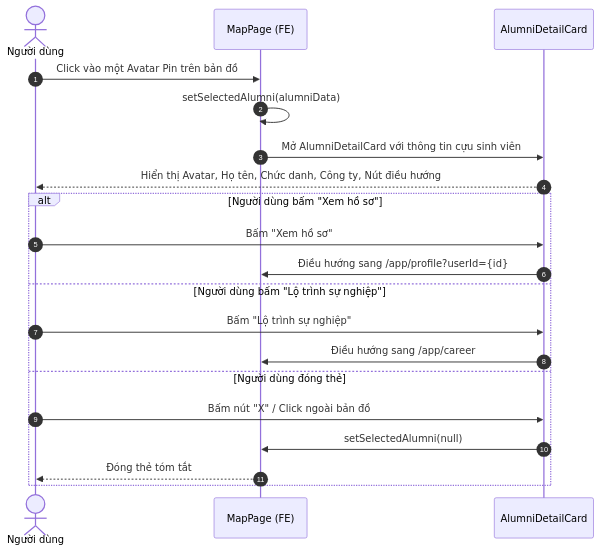
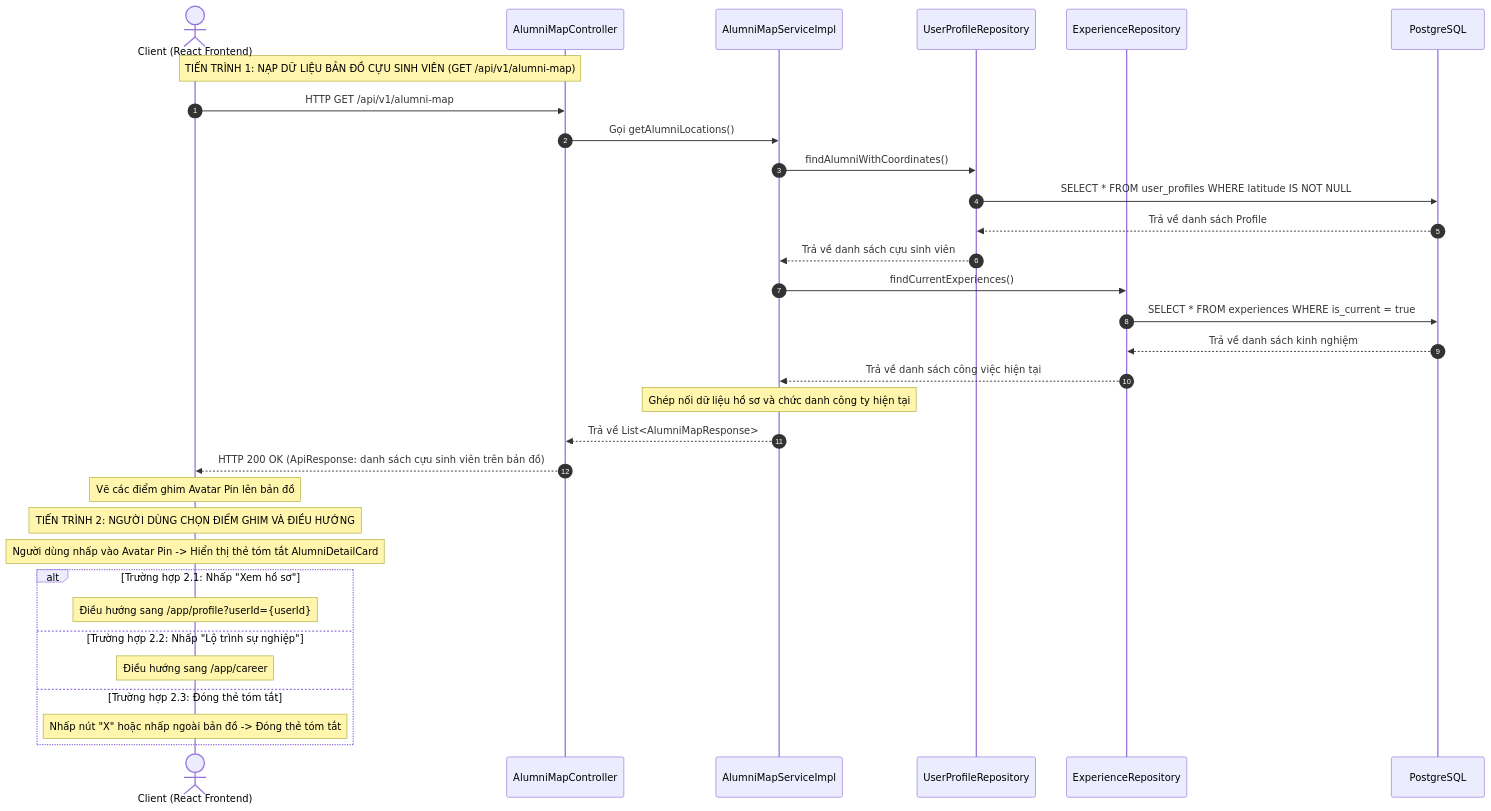
The third of 3 diagrams in docs/update_SRS/SRS_UC_57_ViewProfileFromMarker.md (Alumnect/Alumnect), drawn with Mermaid before and after one commit. The commit also changed other lines of this file and 14 other files, not shown here.

````diff
--- a/docs/update_SRS/SRS_UC_57_ViewProfileFromMarker.md
+++ b/docs/update_SRS/SRS_UC_57_ViewProfileFromMarker.md
@@ -96,24 +218,42 @@
 ```mermaid
 sequenceDiagram
     autonumber
-    actor User as Người dùng
-    participant UI as MapPage (FE)
-    participant Card as AlumniDetailCard
+    actor Client as Client (React Frontend)
+    participant Ctrl as AlumniMapController
+    participant Service as AlumniMapServiceImpl
+    participant ProfileRepo as UserProfileRepository
+    participant ExpRepo as ExperienceRepository
+    participant DB as PostgreSQL
+
+    %% --- TẢI DỮ LIỆU BẢN ĐỒ VÀ XEM THẺ TÓM TẮT ---
+    Note over Client, Ctrl: TIẾN TRÌNH 1: NẠP DỮ LIỆU BẢN ĐỒ CỰU SINH VIÊN (GET /api/v1/alumni-map)
+    Client->>Ctrl: HTTP GET /api/v1/alumni-map
+    Ctrl->>Service: Gọi getAlumniLocations()
+    Service->>ProfileRepo: findAlumniWithCoordinates()
+    ProfileRepo->>DB: SELECT * FROM user_profiles WHERE latitude IS NOT NULL
+    DB-->>ProfileRepo: Trả về danh sách Profile
+    ProfileRepo-->>Service: Trả về danh sách cựu sinh viên
     
-    User->>UI: Click vào một Avatar Pin trên bản đồ
-    UI->>UI: setSelectedAlumni(alumniData)
-    UI->>Card: Mở AlumniDetailCard với thông tin cựu sinh viên
-    Card-->>User: Hiển thị Avatar, Họ tên, Chức danh, Công ty, Nút điều hướng
+    Service->>ExpRepo: findCurrentExperiences()
+    ExpRepo->>DB: SELECT * FROM experiences WHERE is_current = true
+    DB-->>ExpRepo: Trả về danh sách kinh nghiệm
+    ExpRepo-->>Service: Trả về danh sách công việc hiện tại
     
-    alt Người dùng bấm "Xem hồ sơ"
-        User->>Card: Bấm "Xem hồ sơ"
-        Card->>UI: Điều hướng sang /app/profile?userId={id}
-    else Người dùng bấm "Lộ trình sự nghiệp"
-        User->>Card: Bấm "Lộ trình sự nghiệp"
-        Card->>UI: Điều hướng sang /app/career
-    else Người dùng đóng thẻ
-        User->>Card: Bấm nút "X" / Click ngoài bản đồ
-        Card->>UI: setSelectedAlumni(null)
-        UI-->>User: Đóng thẻ tóm tắt
+    Note over Service: Ghép nối dữ liệu hồ sơ và chức danh công ty hiện tại
+    Service-->>Ctrl: Trả về List<AlumniMapResponse>
+    Ctrl-->>Client: HTTP 200 OK (ApiResponse: danh sách cựu sinh viên trên bản đồ)
+    
+    Note over Client: Vẽ các điểm ghim Avatar Pin lên bản đồ
+    
+    %% --- TƯƠNG TÁC CHỌN ĐIỂM GHIM TRÊN CLIENT ---
+    Note over Client: TIẾN TRÌNH 2: NGƯỜI DÙNG CHỌN ĐIỂM GHIM VÀ ĐIỀU HƯỚNG
+    Note over Client: Người dùng nhấp vào Avatar Pin -> Hiển thị thẻ tóm tắt AlumniDetailCard
+    
+    alt Trường hợp 2.1: Nhấp "Xem hồ sơ"
+        Note over Client: Điều hướng sang /app/profile?userId={userId}
+    else Trường hợp 2.2: Nhấp "Lộ trình sự nghiệp"
+        Note over Client: Điều hướng sang /app/career
+    else Trường hợp 2.3: Đóng thẻ tóm tắt
+        Note over Client: Nhấp nút "X" hoặc nhấp ngoài bản đồ -> Đóng thẻ tóm tắt
     end
 ```
````
